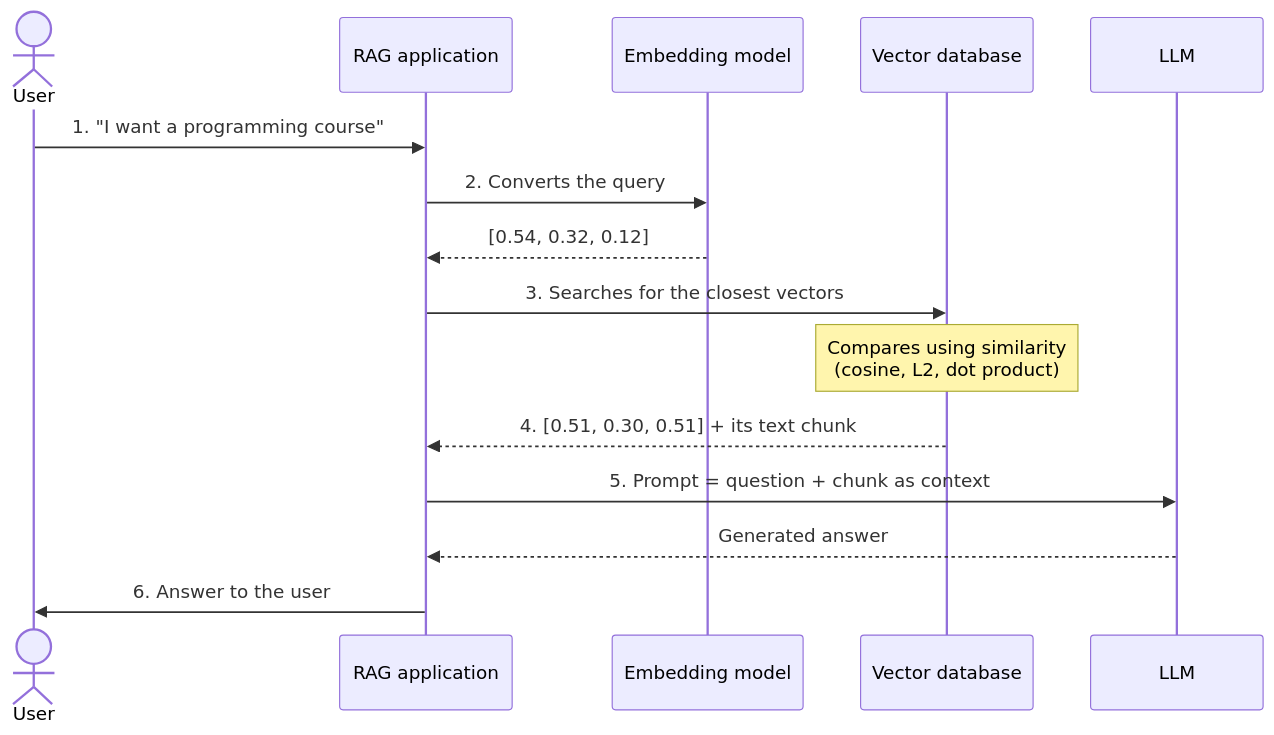
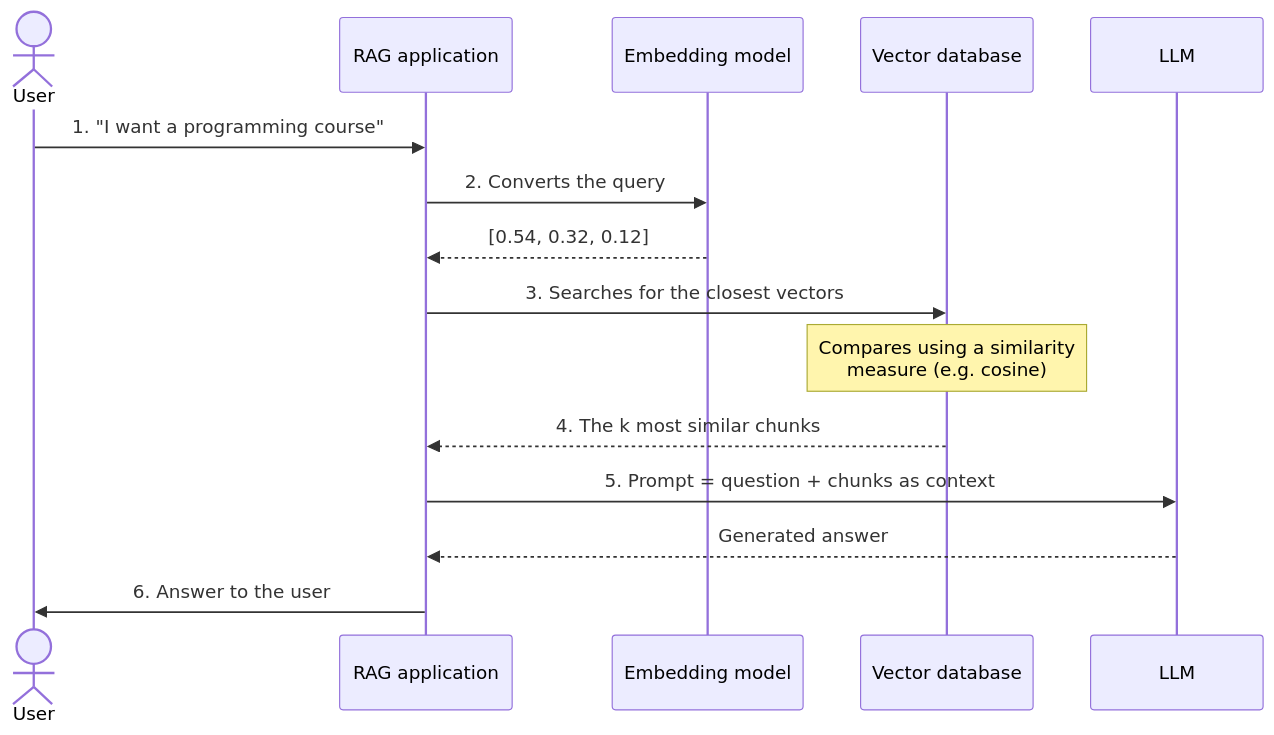
The sixth of 7 diagrams in src/content/blog/en/que-es-rag.md (jcontrerasm/jcontrerasm.github.io), drawn with Mermaid before and after one commit. The commit also changed other lines of this file and 21 other files, not shown here.

````diff
--- a/src/content/blog/en/que-es-rag.md
+++ b/src/content/blog/en/que-es-rag.md
@@ -125,17 +171,17 @@
 ```mermaid
 sequenceDiagram
     actor U as User
     participant App as RAG application
     participant E as Embedding model
     participant DB as Vector database
     participant L as LLM
     U->>App: 1. "I want a programming course"
     App->>E: 2. Converts the query
     E-->>App: [0.54, 0.32, 0.12]
     App->>DB: 3. Searches for the closest vectors
-    Note over DB: Compares using similarity<br/>(cosine, L2, dot product)
-    DB-->>App: 4. [0.51, 0.30, 0.51] + its text chunk
-    App->>L: 5. Prompt = question + chunk as context
+    Note over DB: Compares using a similarity<br/>measure (e.g. cosine)
+    DB-->>App: 4. The k most similar chunks
+    App->>L: 5. Prompt = question + chunks as context
     L-->>App: Generated answer
     App->>U: 6. Answer to the user
 ```
````
